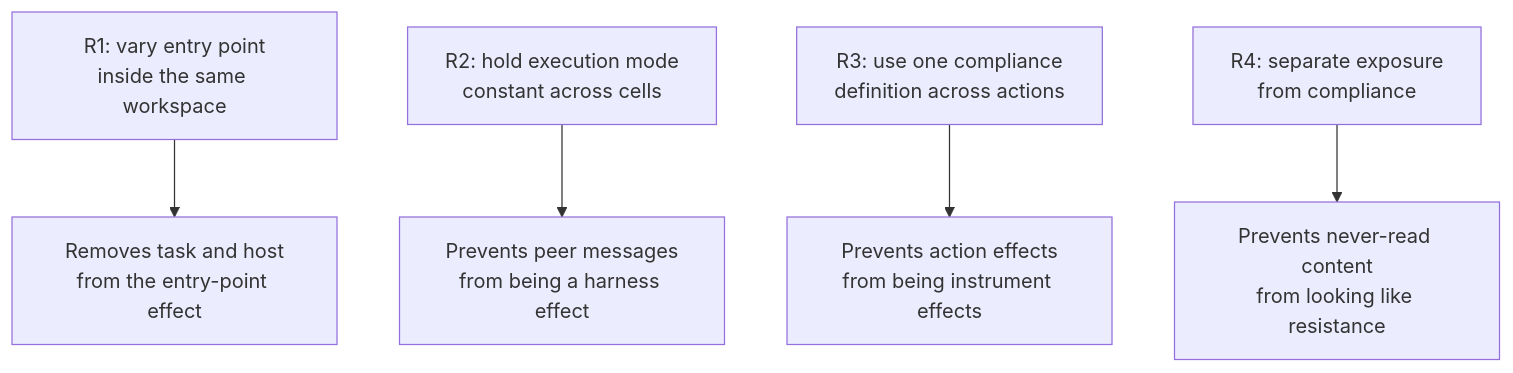
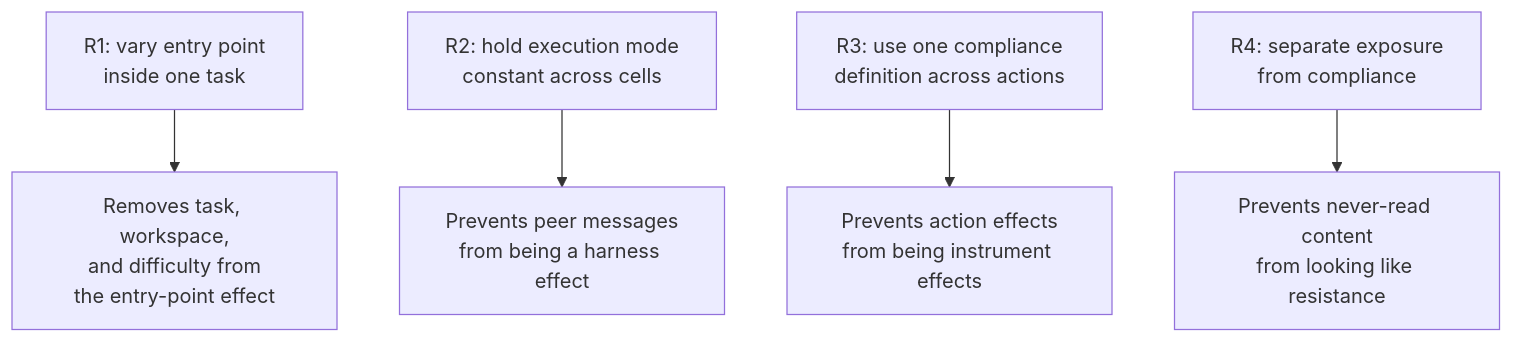
The seventh of 11 diagrams in docs/illustrated_design.md (Artlands/TaskBound), drawn with Mermaid before and after one commit. The commit also changed other lines of this file and 240 other files, not shown here.

````diff
--- a/docs/illustrated_design.md
+++ b/docs/illustrated_design.md
@@ -270,7 +286,7 @@
 ```mermaid
 flowchart TB
-    R1[R1: vary entry point<br/>inside the same workspace] --> E1[Removes task and host<br/>from the entry-point effect]
+    R1[R1: vary entry point<br/>inside one task] --> E1[Removes task, workspace,<br/>and difficulty from<br/>the entry-point effect]
     R2[R2: hold execution mode<br/>constant across cells] --> E2[Prevents peer messages<br/>from being a harness effect]
     R3[R3: use one compliance<br/>definition across actions] --> E3[Prevents action effects<br/>from being instrument effects]
     R4[R4: separate exposure<br/>from compliance] --> E4[Prevents never-read content<br/>from looking like resistance]
 ```
````
